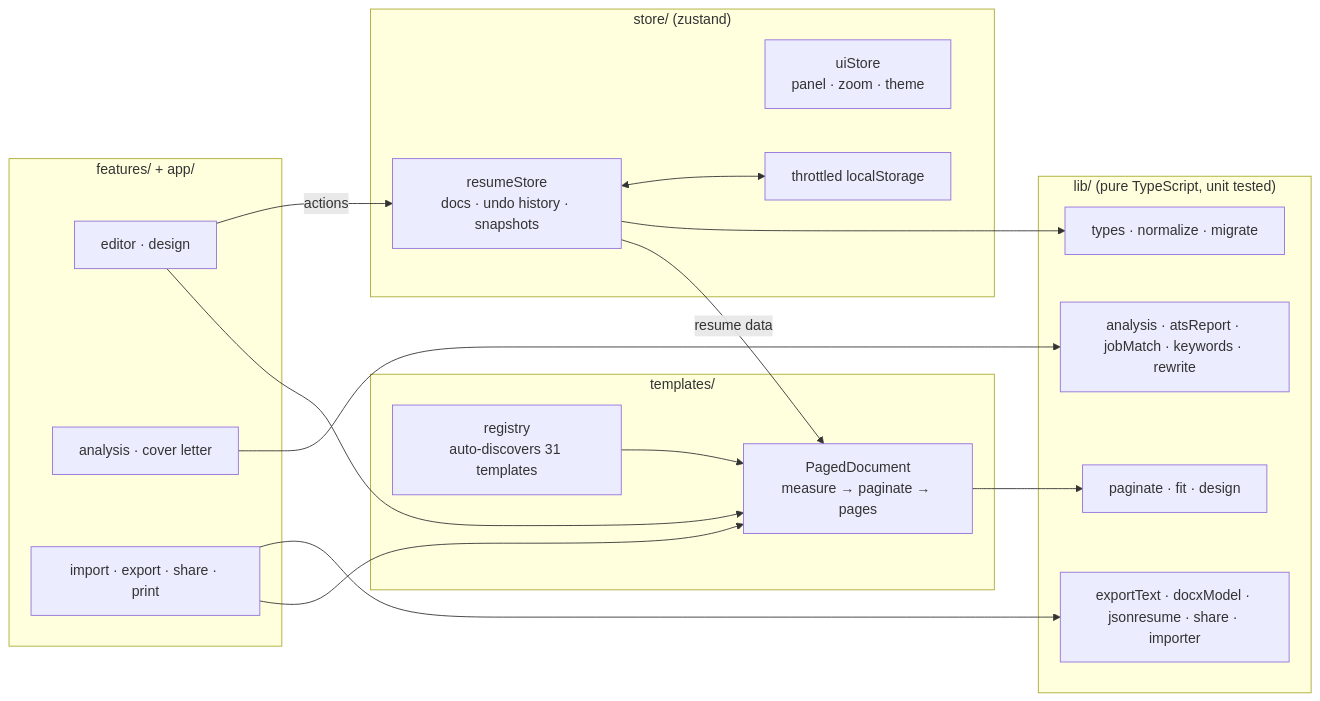
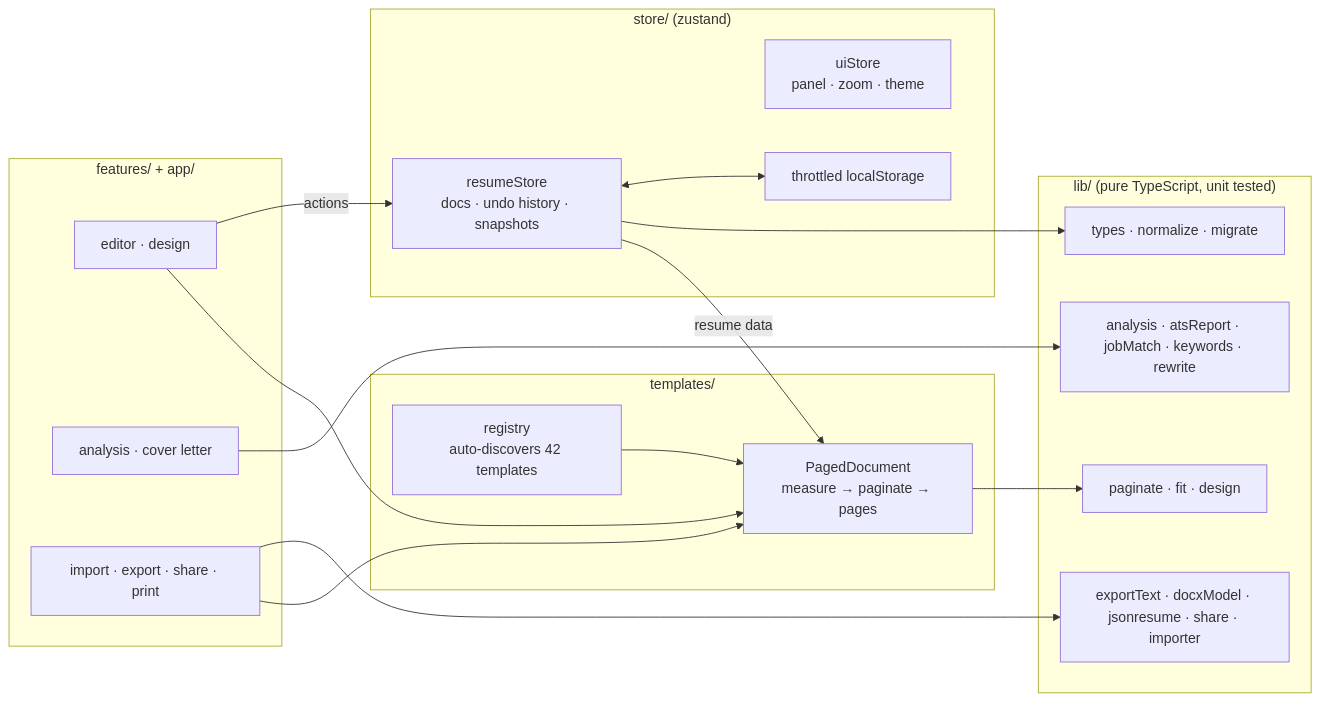
One commit to Jeevan2410/resumeforge changed the diagram in README.md. Above: the diagram before and after it, drawn with Mermaid. The commit also changed other lines of this file and 52 other files, not shown here.

````diff
--- a/README.md
+++ b/README.md
@@ -85,33 +95,33 @@
 ```mermaid
 flowchart LR
   subgraph Store["store/ (zustand)"]
     RS[resumeStore<br/>docs · undo history · snapshots]
     UI[uiStore<br/>panel · zoom · theme]
     ST[throttled localStorage]
   end
   subgraph Lib["lib/ (pure TypeScript, unit tested)"]
     M[types · normalize · migrate]
     A[analysis · atsReport · jobMatch · keywords · rewrite]
     X[exportText · docxModel · jsonresume · share · importer]
     P[paginate · fit · design]
   end
   subgraph Templates["templates/"]
-    REG[registry<br/>auto-discovers 31 templates]
+    REG[registry<br/>auto-discovers 42 templates]
     PD[PagedDocument<br/>measure → paginate → pages]
   end
   subgraph Features["features/ + app/"]
     ED[editor · design]
     AN[analysis · cover letter]
     IO[import · export · share · print]
   end
   RS <--> ST
   RS --> M
   ED -- actions --> RS
   RS -- resume data --> PD
   REG --> PD
   PD --> P
   AN --> A
   IO --> X
   IO --> PD
   ED --> PD
 ```
````
